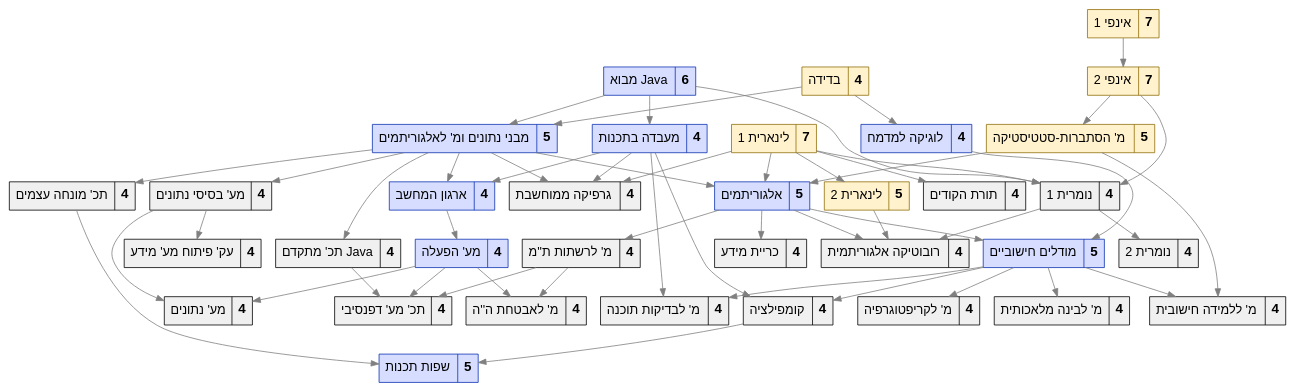
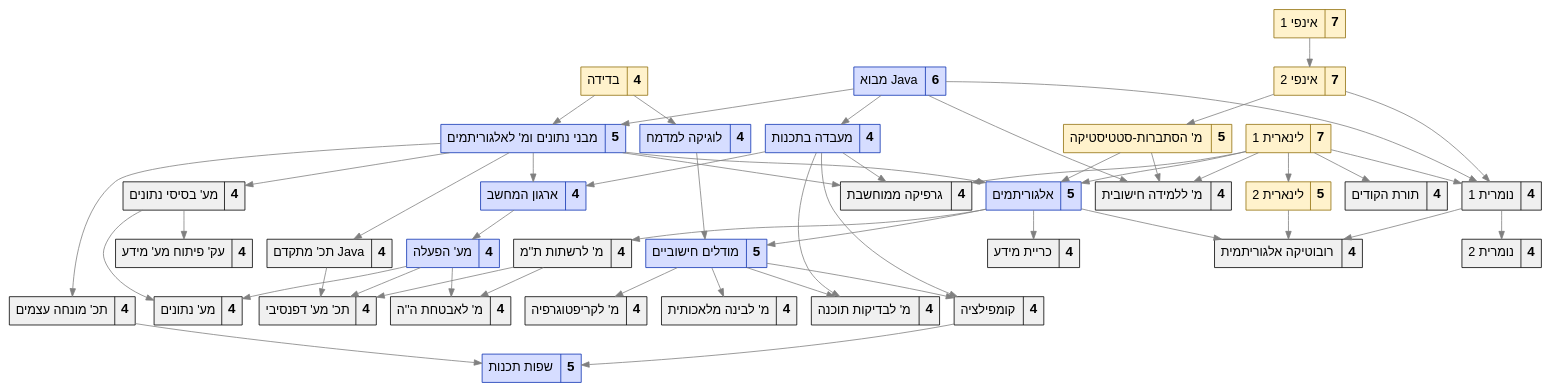
One commit to adielBm/cs-course-dependencies changed the diagram in diagram.dot. Above: the diagram before and after it, drawn with Graphviz. The commit also changed 4 other files, not shown here.

```diff
--- a/diagram.dot
+++ b/diagram.dot
@@ -1,97 +1,98 @@
 digraph CS_Course_Dependencies {
     rankdir=TD;
     node [shape=box, style="filled",fontname="Arial" , fontsize=16];
     edge [color="gray", penwidth=1];
 
     // Math courses
     node [fillcolor="#FFF2CC", color="#916f0c", shape=record];
     "20476" [tooltip="20476" label=<בדידה| <font POINT-SIZE="17"><b>4</b></font>>, URL="https://www.openu.ac.il/courses/20476.htm"];
     "20474" [tooltip="20474" label=<אינפי 1| <font POINT-SIZE="17"><b>7</b></font>>, URL="https://www.openu.ac.il/courses/20474.htm"];
     "20475" [tooltip="20475" label=<אינפי 2| <font POINT-SIZE="17"><b>7</b></font>>, URL="https://www.openu.ac.il/courses/20475.htm"];
     "20109" [tooltip="20109" label=<לינארית 1| <font POINT-SIZE="17"><b>7</b></font>>, URL="https://www.openu.ac.il/courses/20109.htm"];
     "20229" [tooltip="20229" label=<לינארית 2| <font POINT-SIZE="17"><b>5</b></font>>, URL="https://www.openu.ac.il/courses/20229.htm"];
     "20425" [tooltip="20425" label=<מ' הסתברות-סטטיסטיקה| <font POINT-SIZE="17"><b>5</b></font>>, URL="https://www.openu.ac.il/courses/20425.htm"];
 
     // Cs courses
     node [fillcolor="#d6ddff", color="#0D32B2", shape=record];
     "20407" [tooltip="20407" label=<מבני נתונים ומ' לאלגוריתמים| <font POINT-SIZE="17"><b>5</b></font>>, URL="https://www.openu.ac.il/courses/20407.htm"];
     "20905" [tooltip="20905" label=<שפות תכנות| <font POINT-SIZE="17"><b>5</b></font>>, URL="https://www.openu.ac.il/courses/20905.htm"];
     "20471" [tooltip="20471" label=<ארגון המחשב| <font POINT-SIZE="17"><b>4</b></font>>, URL="https://www.openu.ac.il/courses/20471.htm"];
     "20441" [tooltip="20441" label=<מבוא Java| <font POINT-SIZE="17"><b>6</b></font>>, URL="https://www.openu.ac.il/courses/20441.htm"];
     "20465" [tooltip="20465" label=<מעבדה בתכנות| <font POINT-SIZE="17"><b>4</b></font>>, URL="https://www.openu.ac.il/courses/20465.htm"];
     "20417" [tooltip="20417" label=<אלגוריתמים| <font POINT-SIZE="17"><b>5</b></font>>, URL="https://www.openu.ac.il/courses/20417.htm"];
     "20604" [tooltip="20604" label=<מודלים חישוביים| <font POINT-SIZE="17"><b>5</b></font>>, URL="https://www.openu.ac.il/courses/20604.htm"];
     "20466" [tooltip="20466" label=<לוגיקה למדמח| <font POINT-SIZE="17"><b>4</b></font>>, URL="https://www.openu.ac.il/courses/20466.htm"];
     "20594" [tooltip="20594" label=<מע' הפעלה| <font POINT-SIZE="17"><b>4</b></font>>, URL="https://www.openu.ac.il/courses/20594.htm"];
 
     // Elective courses
     node [fillcolor="#f0f0f0", color="black", shape=record];
     "20940" [tooltip="20940" label=<מ' לאבטחת ה''ה| <font POINT-SIZE="17"><b>4</b></font>>, URL="https://www.openu.ac.il/courses/20940.htm"];
     "20595" [tooltip="20595" label=<כריית מידע| <font POINT-SIZE="17"><b>4</b></font>>, URL="https://www.openu.ac.il/courses/20595.htm"];
     "20946" [tooltip="20946" label=<מ' לבדיקות תוכנה| <font POINT-SIZE="17"><b>4</b></font>>, URL="https://www.openu.ac.il/courses/20946.htm"];
     "20296" [tooltip="20296" label=<תורת הקודים| <font POINT-SIZE="17"><b>4</b></font>>, URL="https://www.openu.ac.il/courses/20296.htm"];
     "20551" [tooltip="20551" label=<מ' לבינה מלאכותית| <font POINT-SIZE="17"><b>4</b></font>>, URL="https://www.openu.ac.il/courses/20551.htm"];
     "20942" [tooltip="20942" label=<מ' ללמידה חישובית| <font POINT-SIZE="17"><b>4</b></font>>, URL="https://www.openu.ac.il/courses/20942.htm"];
     "20277" [tooltip="20277" label=<מע' בסיסי נתונים| <font POINT-SIZE="17"><b>4</b></font>>, URL="https://www.openu.ac.il/courses/20277.htm"];
     "20582" [tooltip="20582" label=<מ' לרשתות ת''מ| <font POINT-SIZE="17"><b>4</b></font>>, URL="https://www.openu.ac.il/courses/20582.htm"];
     "20944" [tooltip="20944" label=<רובוטיקה אלגוריתמית| <font POINT-SIZE="17"><b>4</b></font>>, URL="https://www.openu.ac.il/courses/20944.htm"];
     "20554" [tooltip="20554" label=<תכ' מתקדם Java| <font POINT-SIZE="17"><b>4</b></font>>, URL="https://www.openu.ac.il/courses/20554.htm"];
     "20462" [tooltip="20462" label=<נומרית 1| <font POINT-SIZE="17"><b>4</b></font>>, URL="https://www.openu.ac.il/courses/20462.htm"];
     "20900" [tooltip="20900" label=<נומרית 2| <font POINT-SIZE="17"><b>4</b></font>>, URL="https://www.openu.ac.il/courses/20900.htm"];
     "20937" [tooltip="20937" label=<תכ' מע' דפנסיבי| <font POINT-SIZE="17"><b>4</b></font>>, URL="https://www.openu.ac.il/courses/20937.htm"];
     "20562" [tooltip="20562" label=<גרפיקה ממוחשבת| <font POINT-SIZE="17"><b>4</b></font>>, URL="https://www.openu.ac.il/courses/20562.htm"];
     "20580" [tooltip="20580" label=<מ' לקריפטוגרפיה| <font POINT-SIZE="17"><b>4</b></font>>, URL="https://www.openu.ac.il/courses/20580.htm"];
     "20436" [tooltip="20436" label=<עק' פיתוח מע' מידע| <font POINT-SIZE="17"><b>4</b></font>>, URL="https://www.openu.ac.il/courses/20436.htm"];
     "20906" [tooltip="20906" label=<תכ' מונחה עצמים| <font POINT-SIZE="17"><b>4</b></font>>, URL="https://www.openu.ac.il/courses/20906.htm"];
     "20364" [tooltip="20364" label=<קומפילציה| <font POINT-SIZE="17"><b>4</b></font>>, URL="https://www.openu.ac.il/courses/20364.htm"];
     "20574" [tooltip="20574" label=<מע' נתונים| <font POINT-SIZE="17"><b>4</b></font>>, URL="https://www.openu.ac.il/courses/20574.htm"];
     "20441" -> "20407";
     "20465" -> "20471";
     "20441" -> "20465";
     "20594" -> "20940";
     "20474" -> "20475";
     "20475" -> "20425";
     "20466" -> "20604";
     "20476" -> "20466";
     "20407" -> "20277";
-    "20604" -> "20942";
+    "20109" -> "20942";
+    "20441" -> "20942";
     "20471" -> "20594";
     "20109" -> "20296";
     "20109" -> "20229";
     "20425" -> "20417";
     "20109" -> "20417";
     "20407" -> "20417";
     "20417" -> "20604";
     "20417" -> "20595";
     "20582" -> "20940";
     "20604" -> "20551";
     "20417" -> "20582";
     "20476" -> "20407";
     "20465" -> "20946";
     "20465" -> "20364";
     "20407" -> "20471";
     "20604" -> "20946";
     "20417" -> "20944";
     "20277" -> "20436";
     "20594" -> "20574";
     "20441" -> "20462";
     "20475" -> "20462";
     "20109" -> "20462";
     "20407" -> "20554";
     "20594" -> "20937";
     "20582" -> "20937";
     "20109" -> "20562";
     "20465" -> "20562";
     "20407" -> "20562";
     "20604" -> "20580";
     "20554" -> "20937";
     "20407" -> "20906";
     "20604" -> "20364";
     "20277" -> "20574";
     "20425" -> "20942";
     "20462" -> "20900";
     "20462" -> "20944";
     "20906" -> "20905";
     "20364" -> "20905";
     "20229" -> "20944";
 }
```
